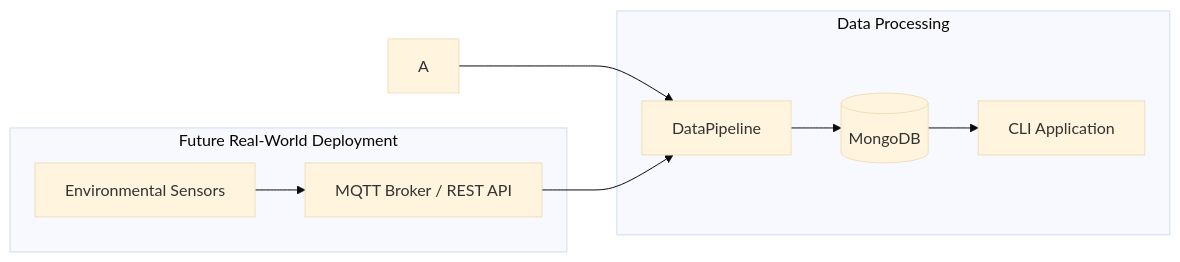
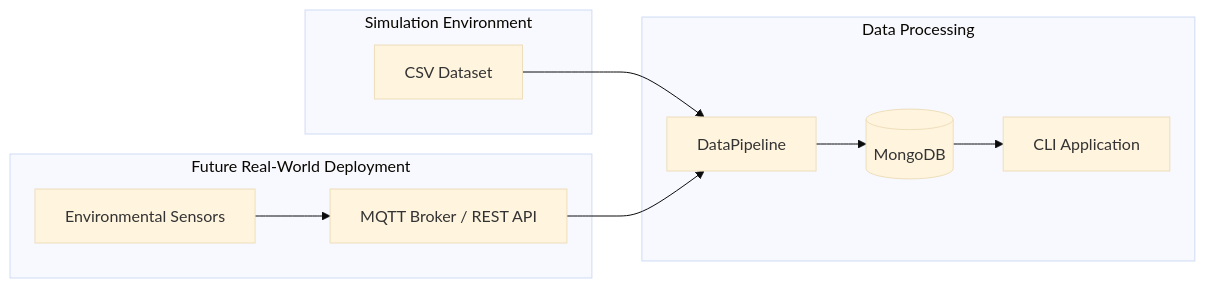
The third of 3 diagrams in README.md (tipofyzik/mongodb_for_storing_sensor_data), drawn with Mermaid (base theme) before and after one commit.

````diff
--- a/README.md
+++ b/README.md
@@ -159,20 +159,26 @@
 ```mermaid
 flowchart LR
 
-subgraph Real["Future Real-World Deployment"]
-B[Environmental Sensors]
-C[MQTT Broker / REST API]
+subgraph Simulation["Simulation Environment"]
+    A[CSV Dataset]
 end
 
 subgraph Processing["Data Processing"]
-D[DataPipeline]
-E[(MongoDB)]
-F[CLI Application]
+    D[DataPipeline]
+    E[(MongoDB)]
+    F[CLI Application]
+    
+    D --> E
+    E --> F
+end
+
+subgraph Real["Future Real-World Deployment"]
+    B[Environmental Sensors]
+    C[MQTT Broker / REST API]
+    
+    B --> C
 end
 
 A --> D
-B --> C
 C --> D
-D --> E
-E --> F
 ```
````
